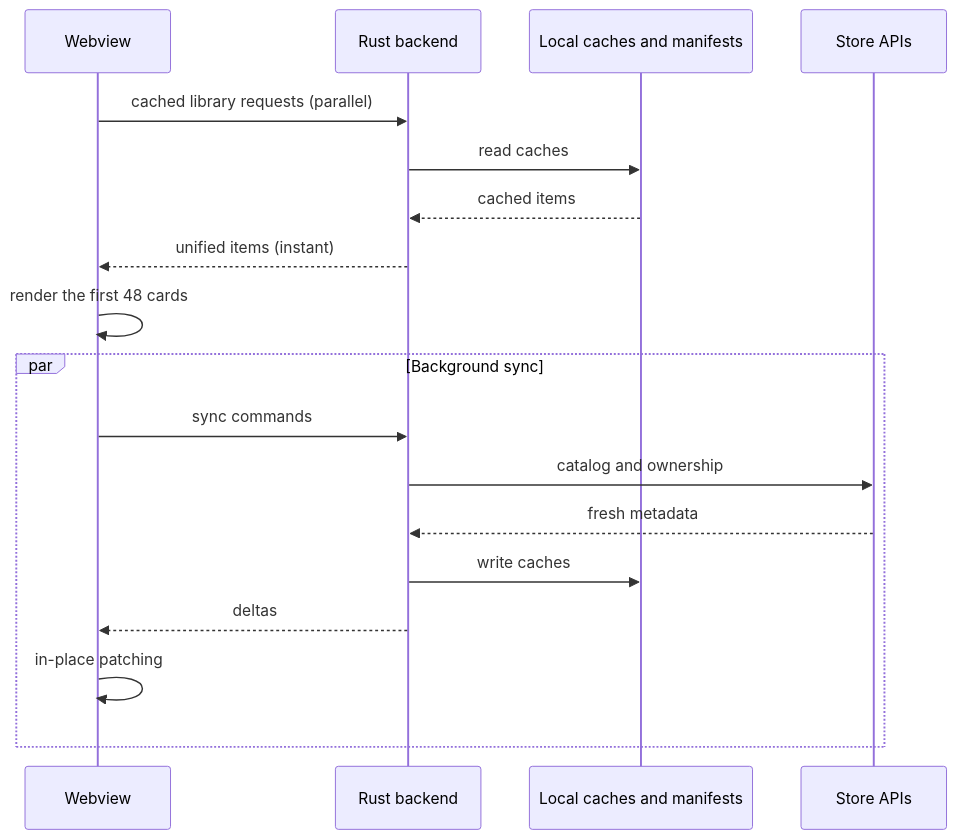
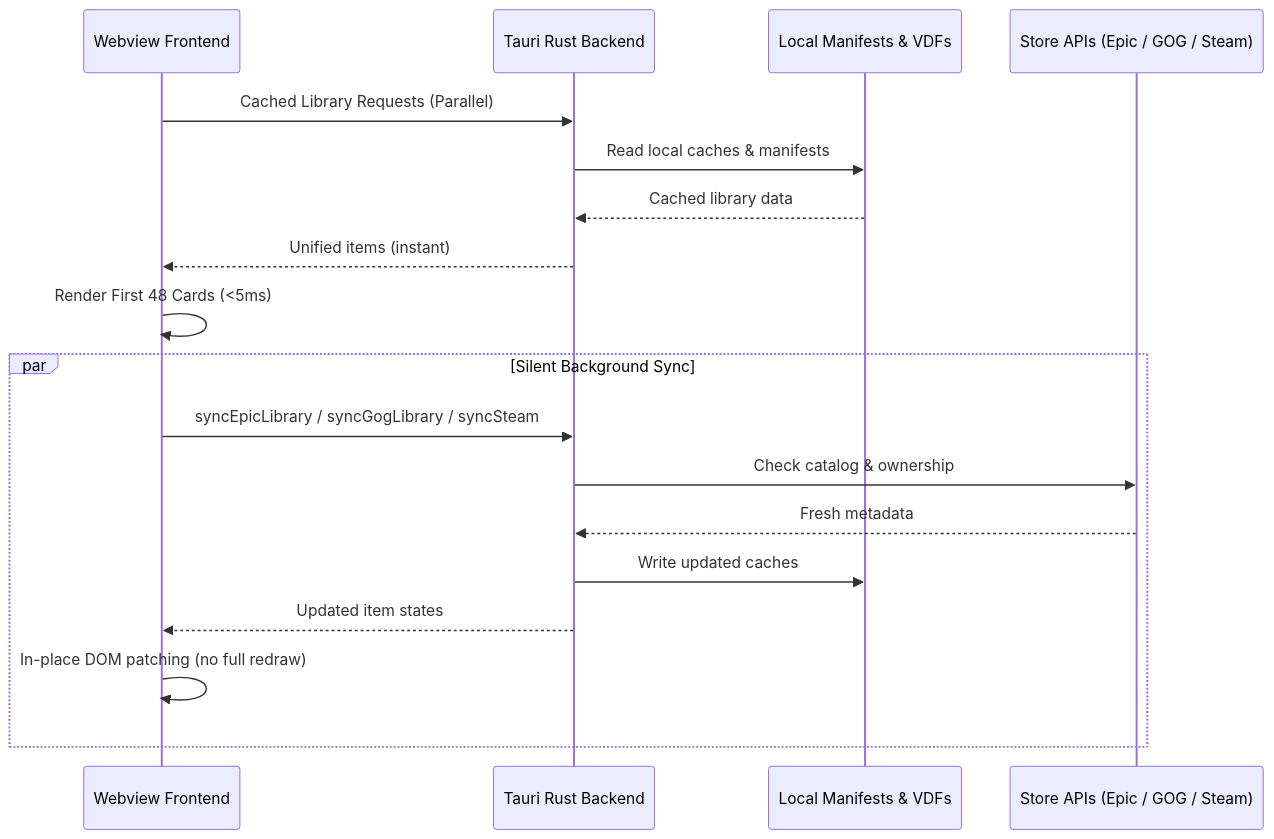
One commit to efxlve/efxlve_launcher changed the second of 2 diagrams in ARCHITECTURE.md. Above: the diagram before and after it, drawn with Mermaid. The commit also changed other lines of this file and 1 other file, not shown here.

````diff
--- a/ARCHITECTURE.md
+++ b/ARCHITECTURE.md
@@ -216,22 +75,22 @@
 ```mermaid
 sequenceDiagram
-    participant UI as Webview
-    participant Rust as Rust backend
-    participant Disk as Local caches and manifests
-    participant Remote as Store APIs
+    participant UI as Webview Frontend
+    participant Rust as Tauri Rust Backend
+    participant Disk as Local Manifests & VDFs
+    participant Remote as Store APIs (Epic / GOG / Steam)
 
-    UI->>Rust: cached library requests (parallel)
-    Rust->>Disk: read caches
-    Disk-->>Rust: cached items
-    Rust-->>UI: unified items (instant)
-    UI->>UI: render the first 48 cards
+    UI->>Rust: Cached Library Requests (Parallel)
+    Rust->>Disk: Read local caches & manifests
+    Disk-->>Rust: Cached library data
+    Rust-->>UI: Unified items (instant)
+    UI->>UI: Render First 48 Cards (<5ms)
 
-    par Background sync
-        UI->>Rust: sync commands
-        Rust->>Remote: catalog and ownership
-        Remote-->>Rust: fresh metadata
-        Rust->>Disk: write caches
-        Rust-->>UI: deltas
-        UI->>UI: in-place patching
+    par Silent Background Sync
+        UI->>Rust: syncEpicLibrary / syncGogLibrary / syncSteam
+        Rust->>Remote: Check catalog & ownership
+        Remote-->>Rust: Fresh metadata
+        Rust->>Disk: Write updated caches
+        Rust-->>UI: Updated item states
+        UI->>UI: In-place DOM patching (no full redraw)
     end
 ```
````
